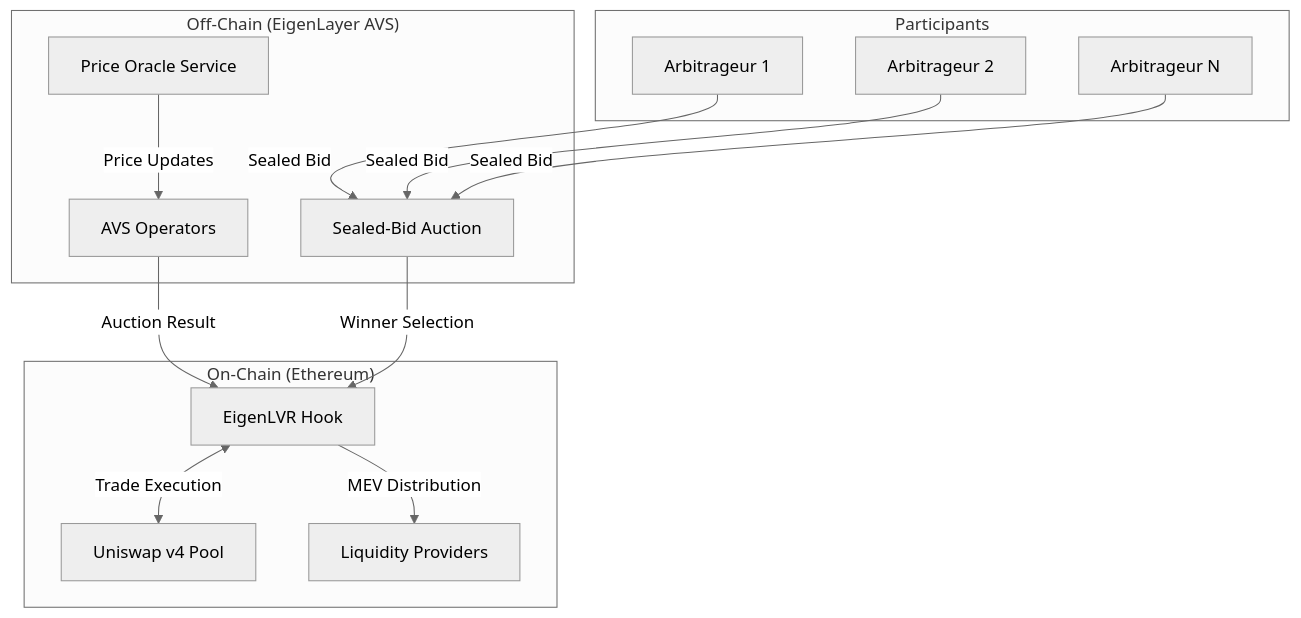
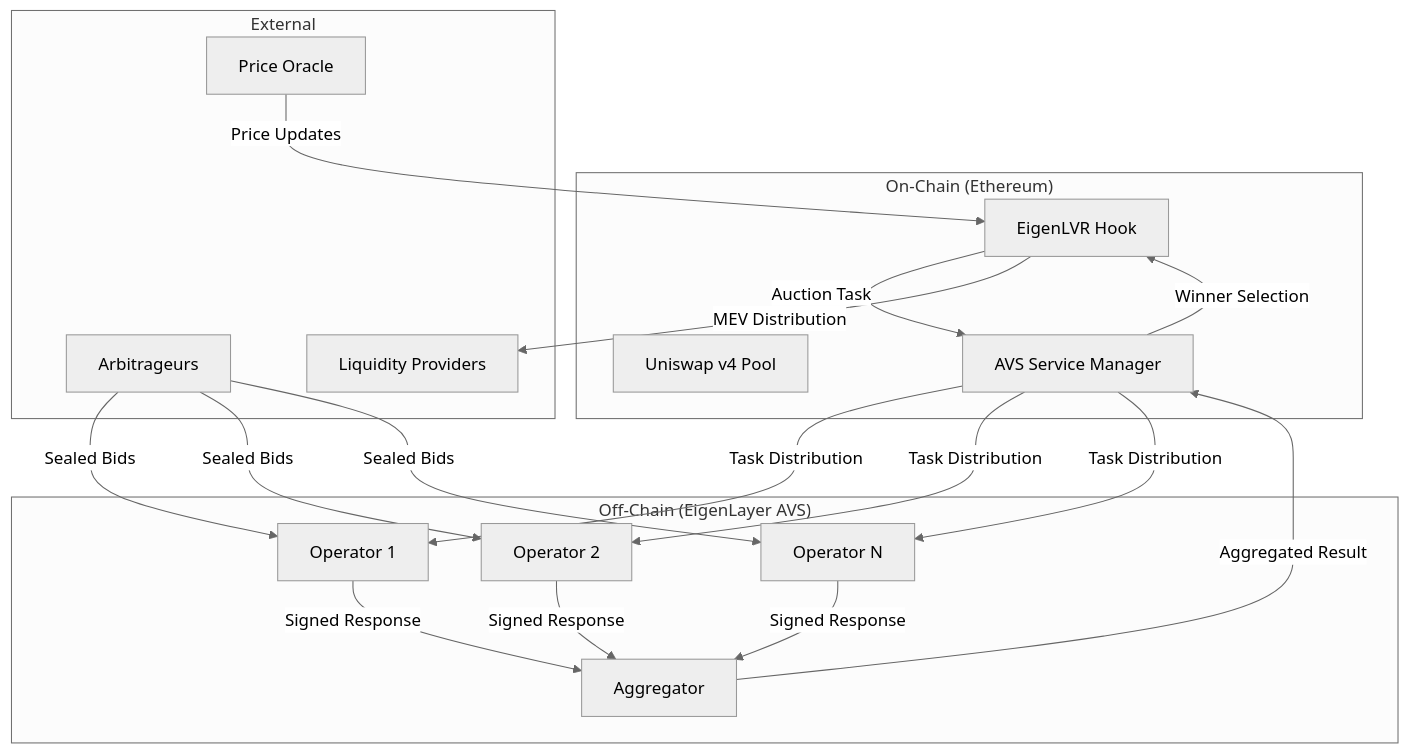
One commit to Najnomics/test2 changed the diagram in README.md. Above: the diagram before and after it, drawn with Mermaid (neutral theme). The commit also changed other lines of this file, not shown here.

````diff
--- a/README.md
+++ b/README.md
@@ -45,30 +60,36 @@
 ```mermaid
 graph TB
-    subgraph "Off-Chain (EigenLayer AVS)"
-        AVS[AVS Operators]
-        AUCTION[Sealed-Bid Auction]
-        ORACLE[Price Oracle Service]
-    end
-    
     subgraph "On-Chain (Ethereum)"
         HOOK[EigenLVR Hook]
         POOL[Uniswap v4 Pool]
+        SM[AVS Service Manager]
+    end
+    
+    subgraph "Off-Chain (EigenLayer AVS)"
+        OP1[Operator 1]
+        OP2[Operator 2]
+        OP3[Operator N]
+        AGG[Aggregator]
+    end
+    
+    subgraph "External"
+        ORACLE[Price Oracle]
+        ARB[Arbitrageurs]
         LP[Liquidity Providers]
     end
     
-    subgraph "Participants"
-        ARB1[Arbitrageur 1]
-        ARB2[Arbitrageur 2]
-        ARB3[Arbitrageur N]
-    end
-    
-    ORACLE -->|Price Updates| AVS
-    ARB1 -->|Sealed Bid| AUCTION
-    ARB2 -->|Sealed Bid| AUCTION
-    ARB3 -->|Sealed Bid| AUCTION
-    
-    AVS -->|Auction Result| HOOK
-    AUCTION -->|Winner Selection| HOOK
+    ORACLE -->|Price Updates| HOOK
+    HOOK -->|Auction Task| SM
+    SM -->|Task Distribution| OP1
+    SM -->|Task Distribution| OP2
+    SM -->|Task Distribution| OP3
+    OP1 -->|Signed Response| AGG
+    OP2 -->|Signed Response| AGG
+    OP3 -->|Signed Response| AGG
+    AGG -->|Aggregated Result| SM
+    SM -->|Winner Selection| HOOK
     HOOK -->|MEV Distribution| LP
-    HOOK <-->|Trade Execution| POOL
+    ARB -->|Sealed Bids| OP1
+    ARB -->|Sealed Bids| OP2
+    ARB -->|Sealed Bids| OP3
 ```
````
